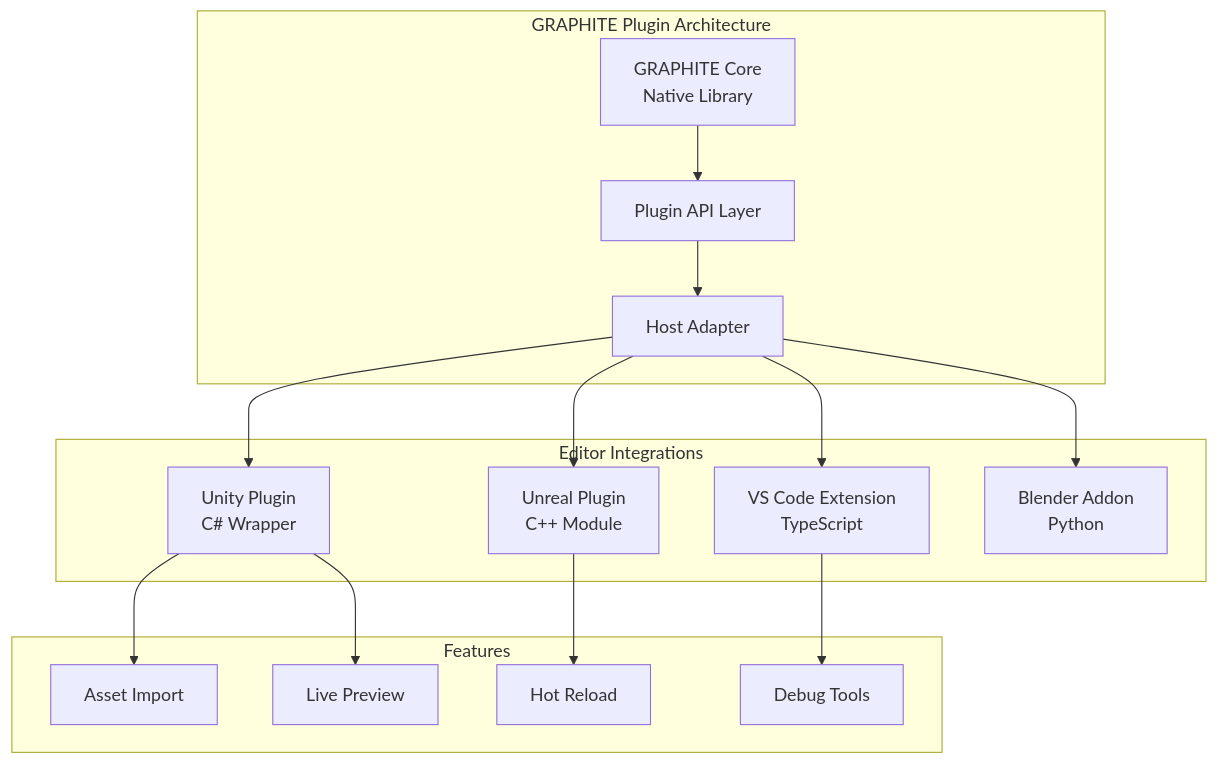
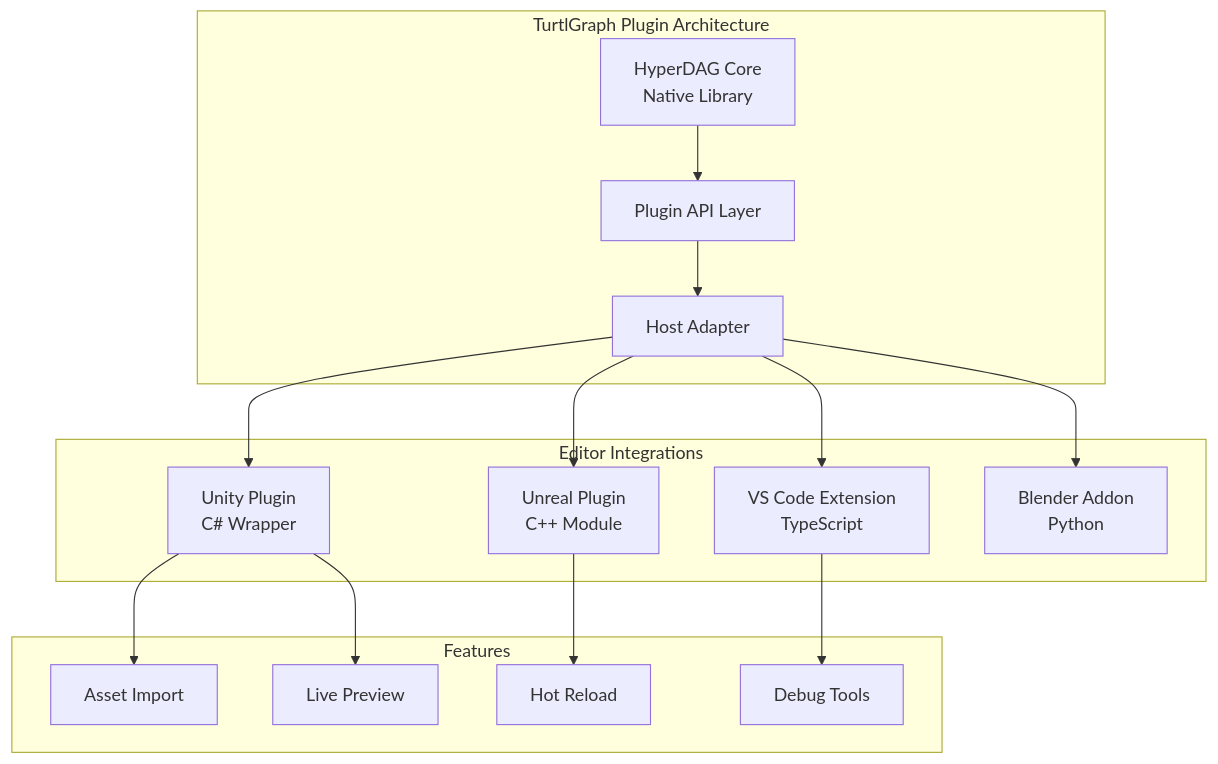
The first of 2 diagrams in volumes/volume-2-development-integration/part-6-integration-migration.md (turtlgraph/docs), drawn with Mermaid before and after one commit. The commit also changed other lines of this file and 10 other files, not shown here.

First line of the commit message:
docs: Replace all GRAPHITE references with TurtlGraph/HyperDAG

````diff
--- a/volumes/volume-2-development-integration/part-6-integration-migration.md
+++ b/volumes/volume-2-development-integration/part-6-integration-migration.md
@@ -39,34 +39,34 @@
 ```mermaid
 graph TB
-    subgraph "GRAPHITE Plugin Architecture"
-        CORE["GRAPHITE Core<br/>Native Library"]
+    subgraph "TurtlGraph Plugin Architecture"
+        CORE["HyperDAG Core<br/>Native Library"]
         API["Plugin API Layer"]
         HOST["Host Adapter"]
     end
     
     subgraph "Editor Integrations"
         UNITY["Unity Plugin<br/>C# Wrapper"]
         UNREAL["Unreal Plugin<br/>C++ Module"]
         VSCODE["VS Code Extension<br/>TypeScript"]
         BLENDER["Blender Addon<br/>Python"]
     end
     
     CORE --> API
     API --> HOST
     HOST --> UNITY
     HOST --> UNREAL
     HOST --> VSCODE
     HOST --> BLENDER
     
     subgraph "Features"
         IMPORT["Asset Import"]
         PREVIEW["Live Preview"]
         HOTRELOAD["Hot Reload"]
         DEBUG["Debug Tools"]
     end
     
     UNITY --> IMPORT
     UNITY --> PREVIEW
     UNREAL --> HOTRELOAD
     VSCODE --> DEBUG
 ```
````
